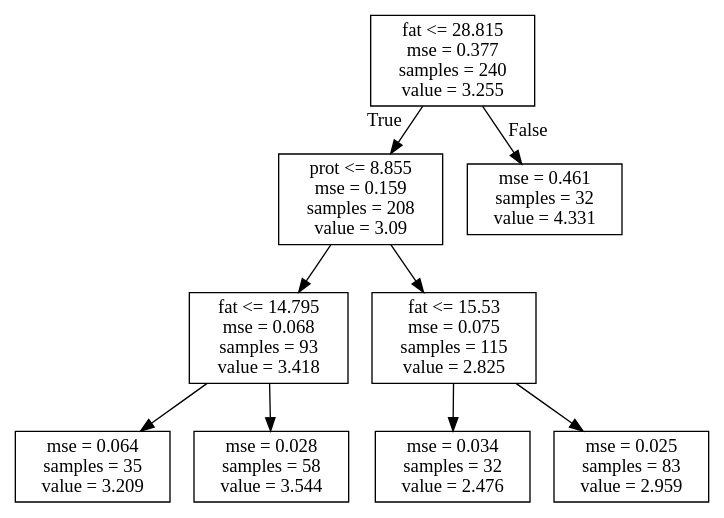
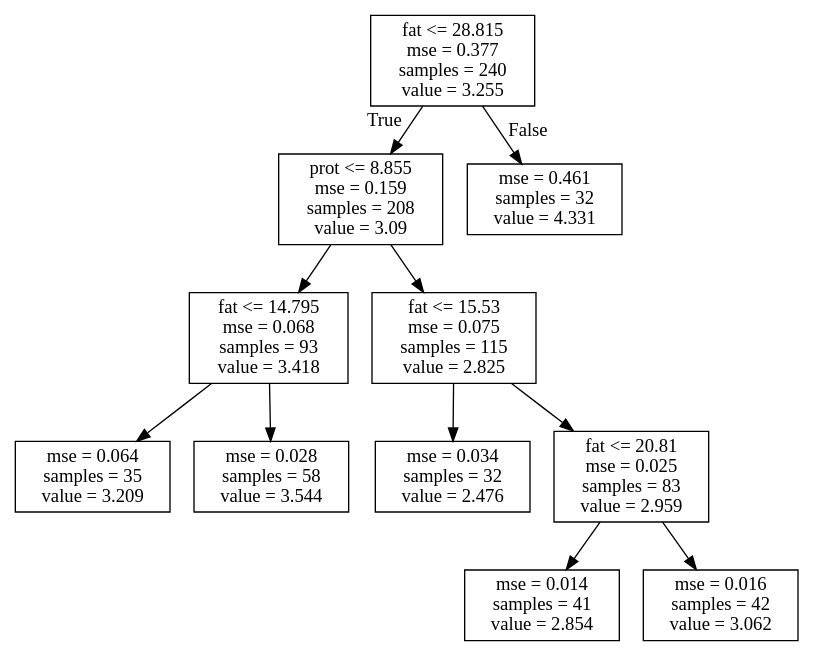
The diagram in DATS_6103_DataMining/Class11_Trees_SVM/tree1.dot (johnnytommy/GWU_classes), drawn with Graphviz before and after one commit. The commit also changed 2 other files, not shown here.

```diff
--- a/DATS_6103_DataMining/Class11_Trees_SVM/tree1.dot
+++ b/DATS_6103_DataMining/Class11_Trees_SVM/tree1.dot
@@ -1,20 +1,24 @@
 digraph Tree {
 node [shape=box] ;
 0 [label="fat <= 28.815\nmse = 0.377\nsamples = 240\nvalue = 3.255"] ;
 1 [label="prot <= 8.855\nmse = 0.159\nsamples = 208\nvalue = 3.09"] ;
 0 -> 1 [labeldistance=2.5, labelangle=45, headlabel="True"] ;
 2 [label="fat <= 14.795\nmse = 0.068\nsamples = 93\nvalue = 3.418"] ;
 1 -> 2 ;
 3 [label="mse = 0.064\nsamples = 35\nvalue = 3.209"] ;
 2 -> 3 ;
 4 [label="mse = 0.028\nsamples = 58\nvalue = 3.544"] ;
 2 -> 4 ;
 5 [label="fat <= 15.53\nmse = 0.075\nsamples = 115\nvalue = 2.825"] ;
 1 -> 5 ;
 6 [label="mse = 0.034\nsamples = 32\nvalue = 2.476"] ;
 5 -> 6 ;
-7 [label="mse = 0.025\nsamples = 83\nvalue = 2.959"] ;
+7 [label="fat <= 20.81\nmse = 0.025\nsamples = 83\nvalue = 2.959"] ;
 5 -> 7 ;
-8 [label="mse = 0.461\nsamples = 32\nvalue = 4.331"] ;
-0 -> 8 [labeldistance=2.5, labelangle=-45, headlabel="False"] ;
+8 [label="mse = 0.014\nsamples = 41\nvalue = 2.854"] ;
+7 -> 8 ;
+9 [label="mse = 0.016\nsamples = 42\nvalue = 3.062"] ;
+7 -> 9 ;
+10 [label="mse = 0.461\nsamples = 32\nvalue = 4.331"] ;
+0 -> 10 [labeldistance=2.5, labelangle=-45, headlabel="False"] ;
 }
```
